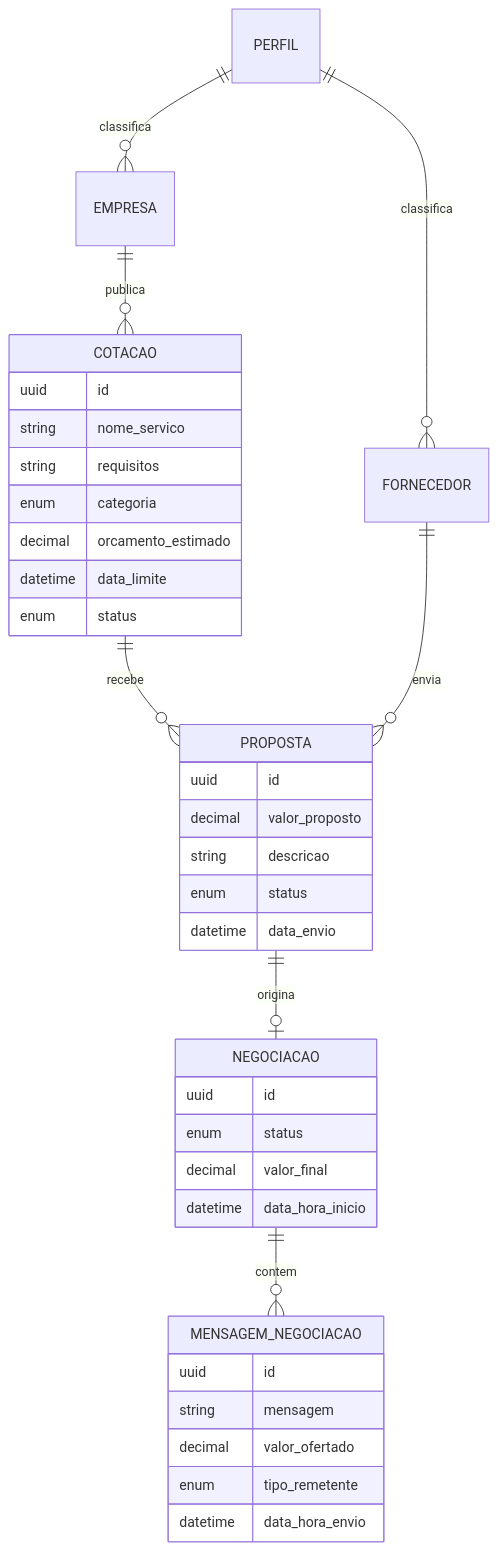
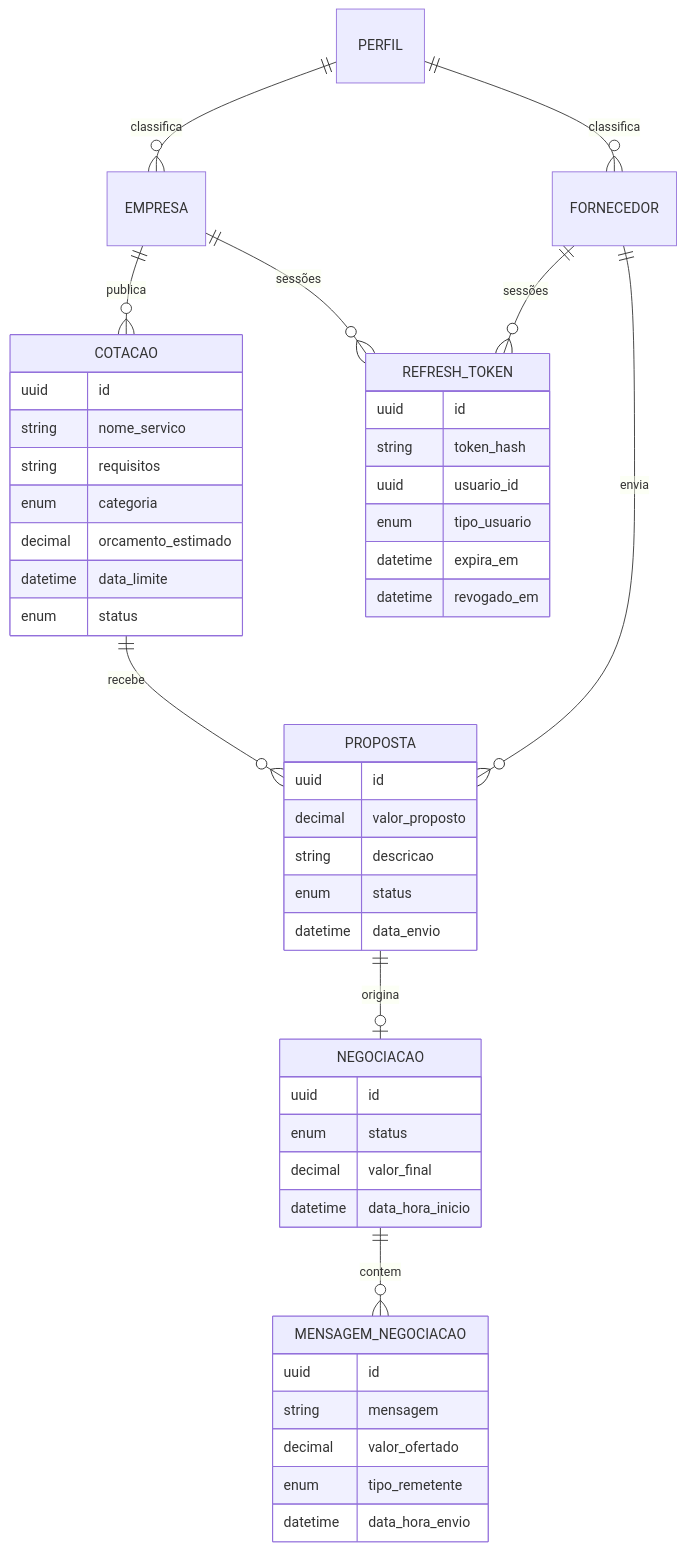
The fourth of 4 diagrams in README.md (marcusrdrigues/hackathon-coti-criare-2025), drawn with Mermaid before and after one commit. The commit also changed other lines of this file, not shown here.

````diff
--- a/README.md
+++ b/README.md
@@ -189,40 +233,50 @@
 ```mermaid
 erDiagram
     PERFIL ||--o{ EMPRESA : classifica
     PERFIL ||--o{ FORNECEDOR : classifica
     EMPRESA ||--o{ COTACAO : publica
     COTACAO ||--o{ PROPOSTA : recebe
     FORNECEDOR ||--o{ PROPOSTA : envia
     PROPOSTA ||--o| NEGOCIACAO : origina
     NEGOCIACAO ||--o{ MENSAGEM_NEGOCIACAO : contem
+    EMPRESA ||--o{ REFRESH_TOKEN : "sessões"
+    FORNECEDOR ||--o{ REFRESH_TOKEN : "sessões"
 
     COTACAO {
         uuid id
         string nome_servico
         string requisitos
         enum categoria
         decimal orcamento_estimado
         datetime data_limite
         enum status
     }
     PROPOSTA {
         uuid id
         decimal valor_proposto
         string descricao
         enum status
         datetime data_envio
     }
     NEGOCIACAO {
         uuid id
         enum status
         decimal valor_final
         datetime data_hora_inicio
     }
     MENSAGEM_NEGOCIACAO {
         uuid id
         string mensagem
         decimal valor_ofertado
         enum tipo_remetente
         datetime data_hora_envio
     }
+    REFRESH_TOKEN {
+        uuid id
+        string token_hash
+        uuid usuario_id
+        enum tipo_usuario
+        datetime expira_em
+        datetime revogado_em
+    }
 ```
````
